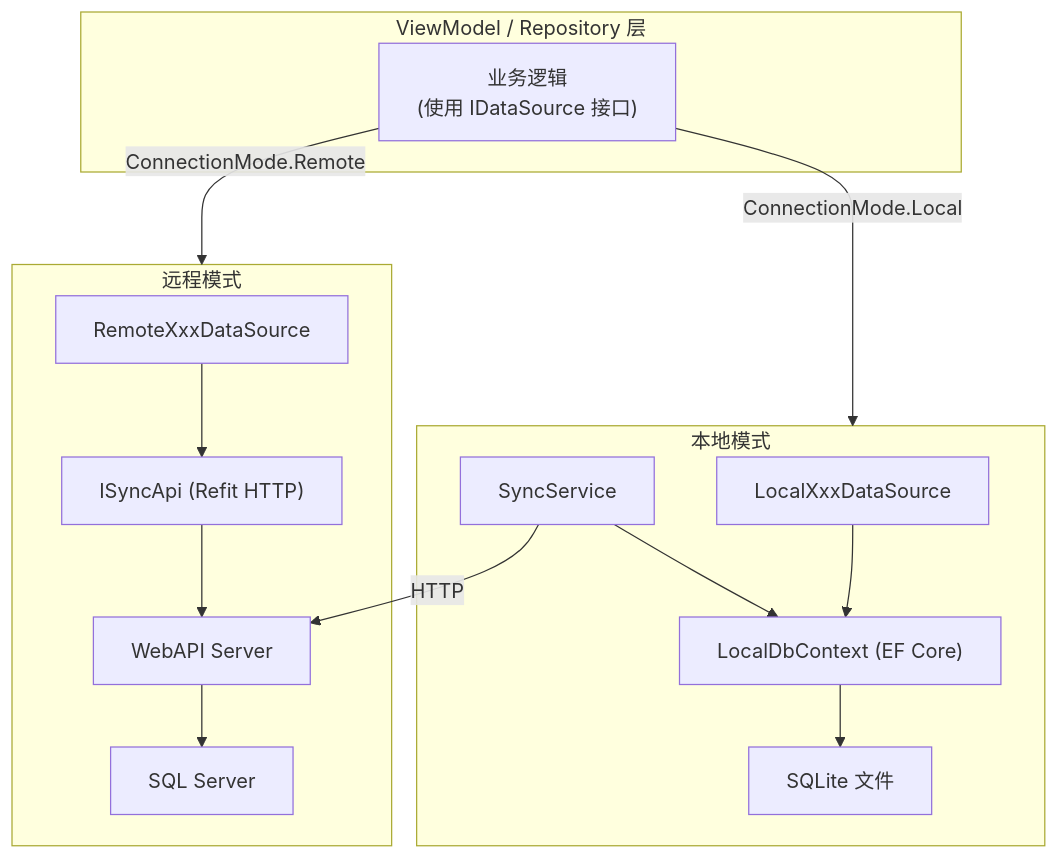
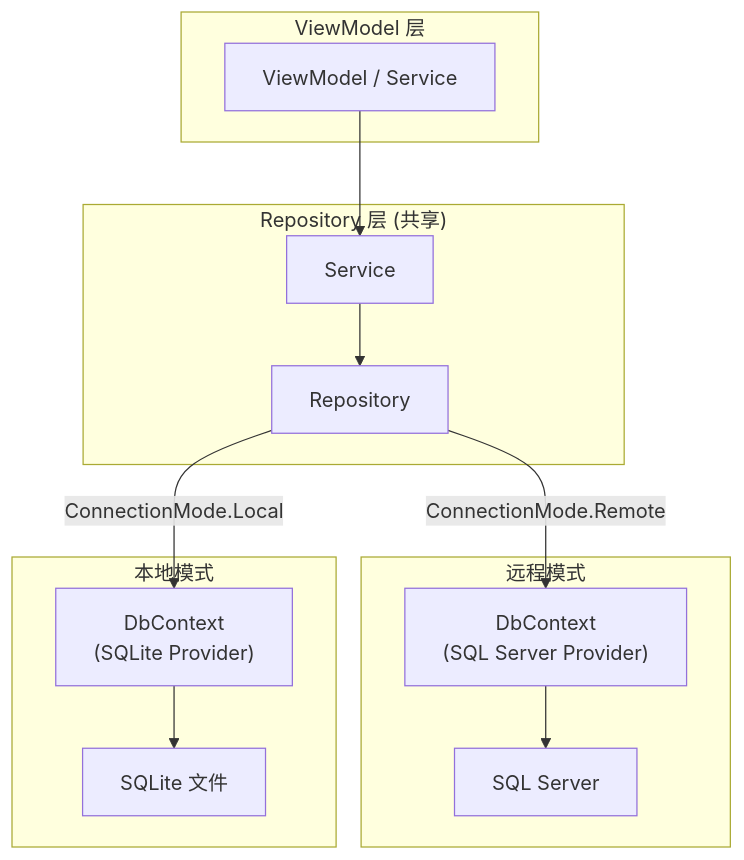
The first of 2 diagrams in docs/03-architecture/dual-mode.md (shouqitao/LYBTZYZS), drawn with Mermaid before and after one commit. The commit also changed other lines of this file and 36 other files, not shown here.

````diff
--- a/docs/03-architecture/dual-mode.md
+++ b/docs/03-architecture/dual-mode.md
@@ -9,27 +19,28 @@
 ```mermaid
 graph TB
-    subgraph VM["ViewModel / Repository 层"]
-        BL["业务逻辑<br>(使用 IDataSource 接口)"]
+    subgraph VM["ViewModel 层"]
+        BL["ViewModel / Service"]
     end
 
-    BL -->|"ConnectionMode.Remote"| Remote
-    BL -->|"ConnectionMode.Local"| Local
+    subgraph REPO["Repository 层 (共享)"]
+        R["Repository"]
+        SVC["Service"]
+    end
+
+    BL --> SVC --> R
+
+    R -->|"ConnectionMode.Remote"| RemoteCtx
+    R -->|"ConnectionMode.Local"| LocalCtx
 
     subgraph Remote["远程模式"]
-        RDS["RemoteXxxDataSource"]
-        API["ISyncApi (Refit HTTP)"]
-        WebAPI["WebAPI Server"]
+        RemoteCtx["DbContext<br>(SQL Server Provider)"]
         SQL["SQL Server"]
-        RDS --> API --> WebAPI --> SQL
+        RemoteCtx --> SQL
     end
 
     subgraph Local["本地模式"]
-        LDS["LocalXxxDataSource"]
-        LDB["LocalDbContext (EF Core)"]
+        LocalCtx["DbContext<br>(SQLite Provider)"]
         SQLite["SQLite 文件"]
-        Sync["SyncService"]
-        LDS --> LDB --> SQLite
-        Sync --> LDB
-        Sync -->|"HTTP"| WebAPI
+        LocalCtx --> SQLite
     end
 ```
````
